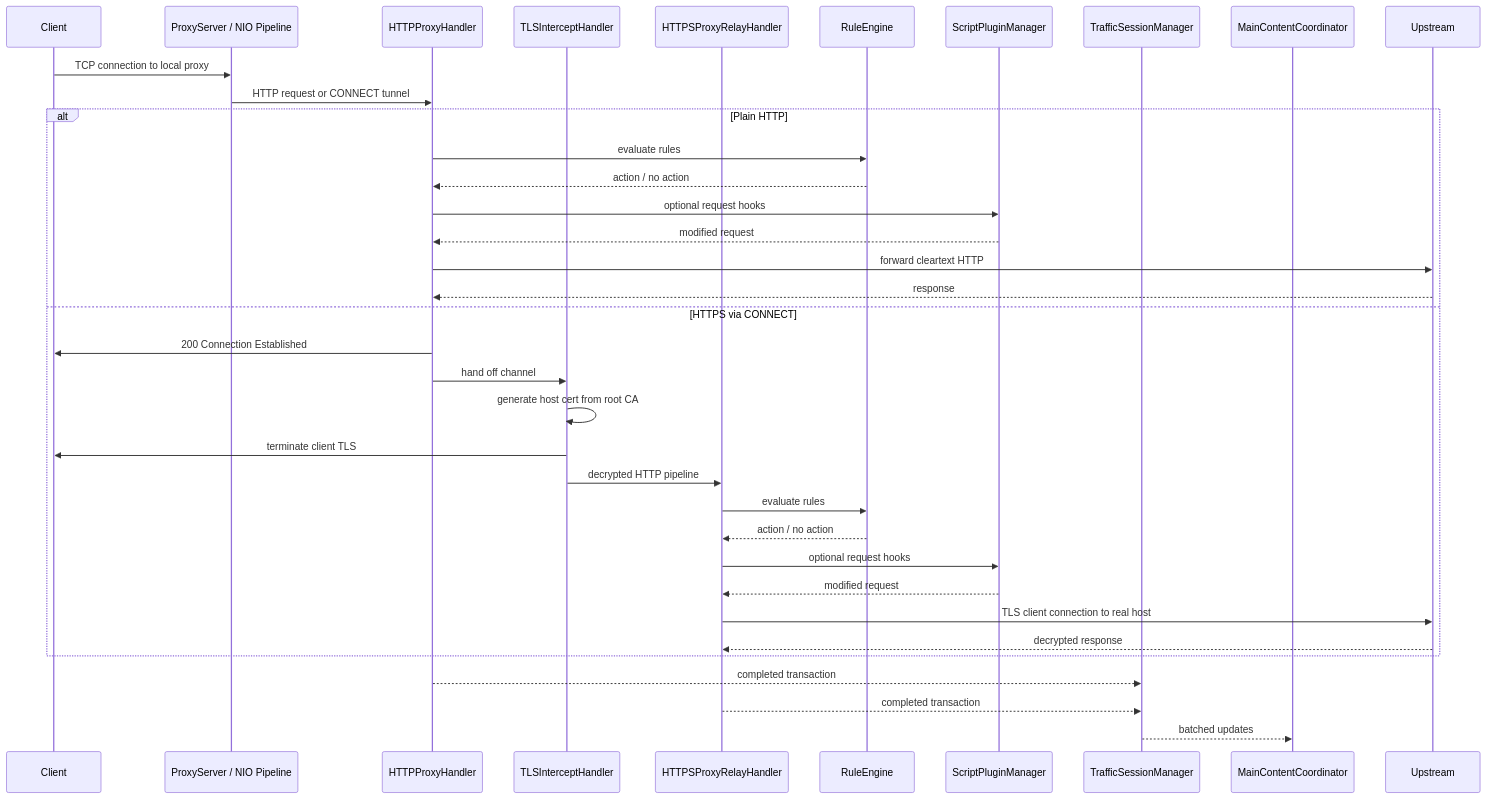
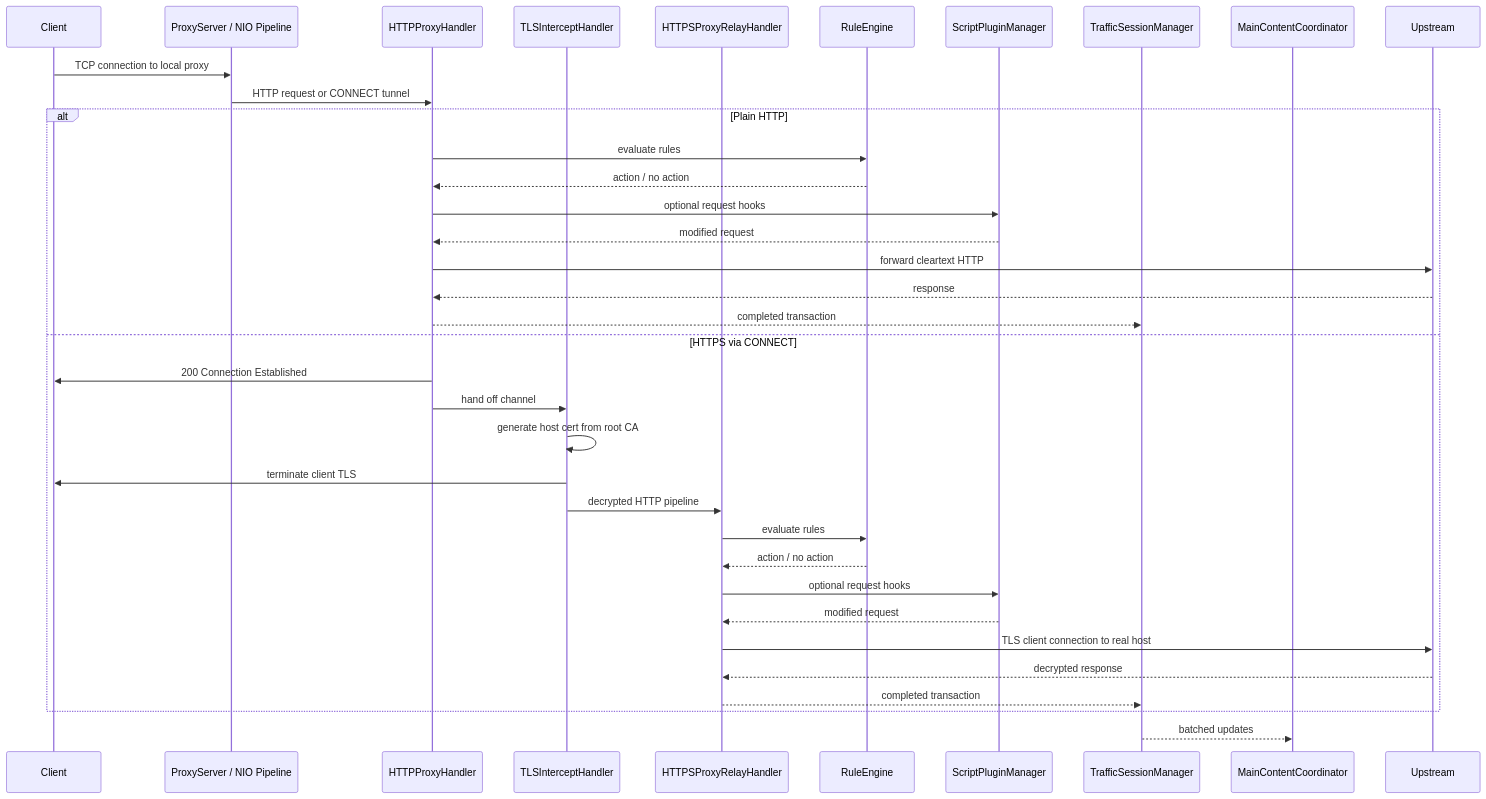
The second of 6 diagrams in docs/development/architecture.mdx (LocNguyenHuu/Rockxy), drawn with Mermaid before and after one commit. The commit also changed other lines of this file and 10 other files, not shown here.

Commit message:
docs: tighten .gitignore entries, fix README badges, correct architecture and security diagrams

````diff
--- a/docs/development/architecture.mdx
+++ b/docs/development/architecture.mdx
@@ -195,41 +196,41 @@
 ```mermaid
 sequenceDiagram
     participant Client
     participant NIO as ProxyServer / NIO Pipeline
     participant HTTP as HTTPProxyHandler
     participant TLS as TLSInterceptHandler
     participant HTTPS as HTTPSProxyRelayHandler
     participant Rules as RuleEngine
     participant Plugins as ScriptPluginManager
     participant Traffic as TrafficSessionManager
     participant UI as MainContentCoordinator
     participant Upstream
 
     Client->>NIO: TCP connection to local proxy
     NIO->>HTTP: HTTP request or CONNECT tunnel
 
     alt Plain HTTP
         HTTP->>Rules: evaluate rules
         Rules-->>HTTP: action / no action
         HTTP->>Plugins: optional request hooks
         Plugins-->>HTTP: modified request
         HTTP->>Upstream: forward cleartext HTTP
         Upstream-->>HTTP: response
+        HTTP-->>Traffic: completed transaction
     else HTTPS via CONNECT
         HTTP->>Client: 200 Connection Established
         HTTP->>TLS: hand off channel
         TLS->>TLS: generate host cert from root CA
         TLS->>Client: terminate client TLS
         TLS->>HTTPS: decrypted HTTP pipeline
         HTTPS->>Rules: evaluate rules
         Rules-->>HTTPS: action / no action
         HTTPS->>Plugins: optional request hooks
         Plugins-->>HTTPS: modified request
         HTTPS->>Upstream: TLS client connection to real host
         Upstream-->>HTTPS: decrypted response
+        HTTPS-->>Traffic: completed transaction
     end
 
-    HTTP-->>Traffic: completed transaction
-    HTTPS-->>Traffic: completed transaction
     Traffic-->>UI: batched updates
 ```
````
